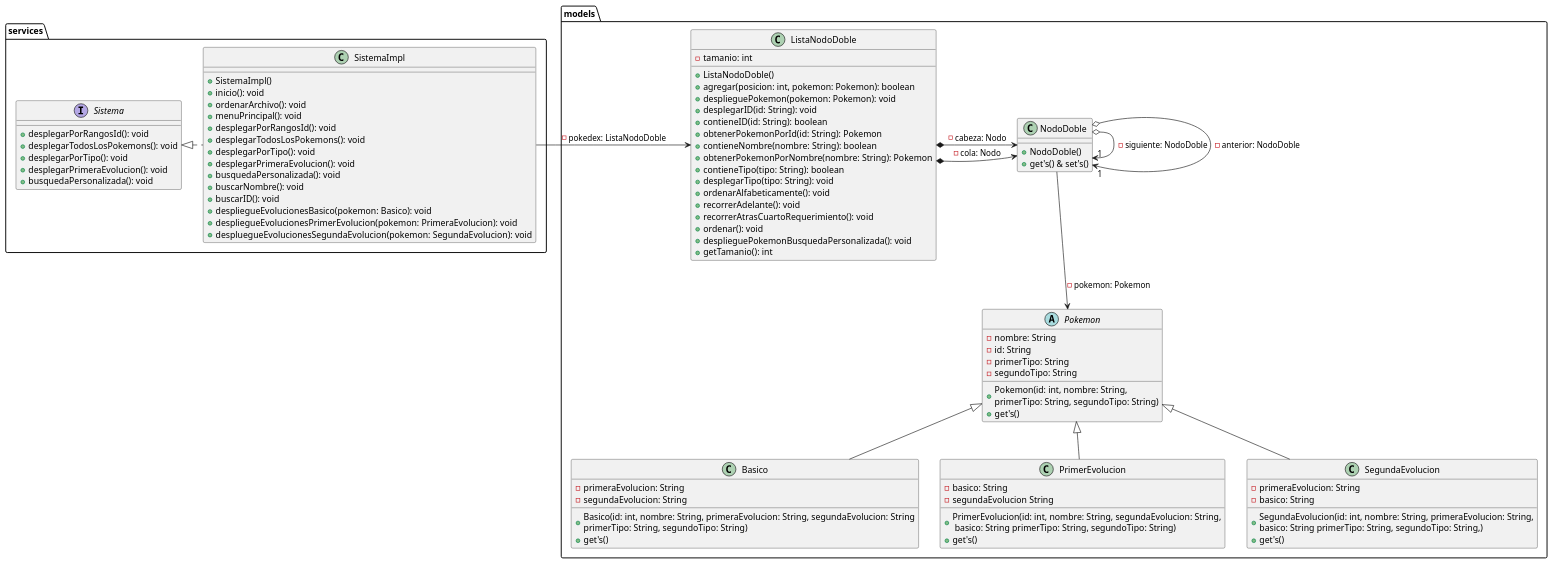
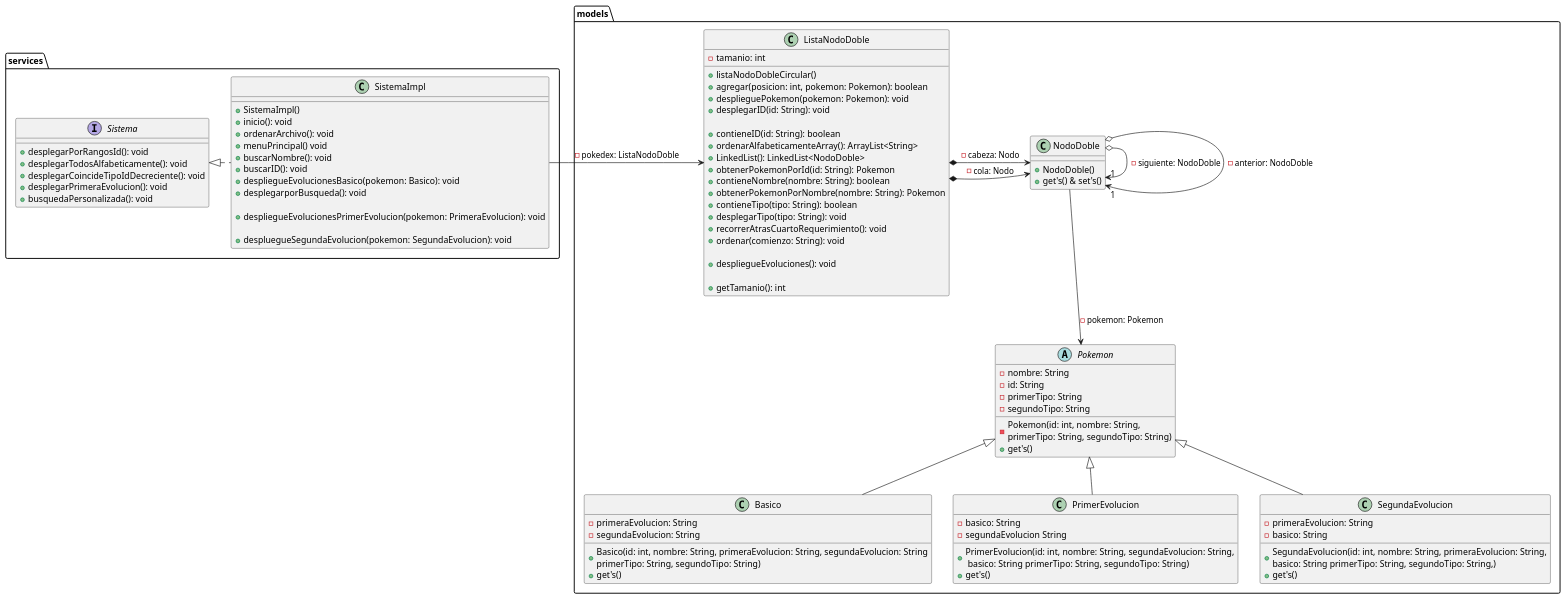
Before and after one commit to AlbertoLyons/Taller-4: the diagram in Clases.puml, drawn with PlantUML. The commit also changed 3 other files, not shown here.

Commit message:
Implementación ArrayList, LinkedList y diagrama

```diff
--- a/Clases.puml
+++ b/Clases.puml
@@ -1,93 +1,94 @@
 @startuml
 package models {
     abstract class Pokemon {
      - nombre: String
      - id: String
      - primerTipo: String
      - segundoTipo: String
-     + Pokemon(id: int, nombre: String, \nprimerTipo: String, segundoTipo: String)
+     - Pokemon(id: int, nombre: String, \nprimerTipo: String, segundoTipo: String)
      + get's()
     }
     class Basico {
      - primeraEvolucion: String
      - segundaEvolucion: String
      + Basico(id: int, nombre: String, primeraEvolucion: String, segundaEvolucion: String\nprimerTipo: String, segundoTipo: String)
      + get's()
     }
     class PrimerEvolucion {
      - basico: String
      - segundaEvolucion String
      + PrimerEvolucion(id: int, nombre: String, segundaEvolucion: String,\n basico: String primerTipo: String, segundoTipo: String)
      + get's()
     }
     class SegundaEvolucion {
      - primeraEvolucion: String
      - basico: String
      + SegundaEvolucion(id: int, nombre: String, primeraEvolucion: String,\nbasico: String primerTipo: String, segundoTipo: String,)
      + get's()
     }
     class NodoDoble {
      + NodoDoble()
      + get's() & set's()
     }
     class ListaNodoDoble {
      - tamanio: int
-     + ListaNodoDoble()
+     + listaNodoDobleCircular()
      + agregar(posicion: int, pokemon: Pokemon): boolean
      + desplieguePokemon(pokemon: Pokemon): void
      + desplegarID(id: String): void
+
      + contieneID(id: String): boolean
+     + ordenarAlfabeticamenteArray(): ArrayList<String>
+     + LinkedList(): LinkedList<NodoDoble>
      + obtenerPokemonPorId(id: String): Pokemon
      + contieneNombre(nombre: String): boolean
      + obtenerPokemonPorNombre(nombre: String): Pokemon
      + contieneTipo(tipo: String): boolean
      + desplegarTipo(tipo: String): void
-     + ordenarAlfabeticamente(): void
-     + recorrerAdelante(): void
      + recorrerAtrasCuartoRequerimiento(): void
-     + ordenar(): void
-     + desplieguePokemonBusquedaPersonalizada(): void
+     + ordenar(comienzo: String): void
+
+     + despliegueEvoluciones(): void
+
      + getTamanio(): int
     }
 }
 package services {
     interface Sistema {
      + desplegarPorRangosId(): void
-     + desplegarTodosLosPokemons(): void
-     + desplegarPorTipo(): void
+     + desplegarTodosAlfabeticamente(): void
+     + desplegarCoincideTipoIdDecreciente(): void
      + desplegarPrimeraEvolucion(): void
      + busquedaPersonalizada(): void
     }
     class SistemaImpl {
      + SistemaImpl()
      + inicio(): void
      + ordenarArchivo(): void
-     + menuPrincipal(): void
-     + desplegarPorRangosId(): void
-     + desplegarTodosLosPokemons(): void
-     + desplegarPorTipo(): void
-     + desplegarPrimeraEvolucion(): void
-     + busquedaPersonalizada(): void
+     + menuPrincipal() void
      + buscarNombre(): void
      + buscarID(): void
      + despliegueEvolucionesBasico(pokemon: Basico): void
+     + desplegarporBusqueda(): void
+
      + despliegueEvolucionesPrimerEvolucion(pokemon: PrimeraEvolucion): void
-     + despluegueEvolucionesSegundaEvolucion(pokemon: SegundaEvolucion): void
+
+     + despluegueSegundaEvolucion(pokemon: SegundaEvolucion): void
 
     }
 }
 
 SistemaImpl .left|> Sistema
 SistemaImpl -right> ListaNodoDoble: - pokedex: ListaNodoDoble
 ListaNodoDoble *-right-> NodoDoble : - cabeza: Nodo
 ListaNodoDoble *-right-> NodoDoble : - cola: Nodo
 NodoDoble o-> "1"NodoDoble : - siguiente: NodoDoble
 NodoDoble o-> "1"NodoDoble : - anterior: NodoDoble
 Basico -up-|> Pokemon
 PrimerEvolucion -up-|> Pokemon
 SegundaEvolucion -up-|> Pokemon
 
 
 NodoDoble -down-> Pokemon : - pokemon: Pokemon
 
 @enduml
```
